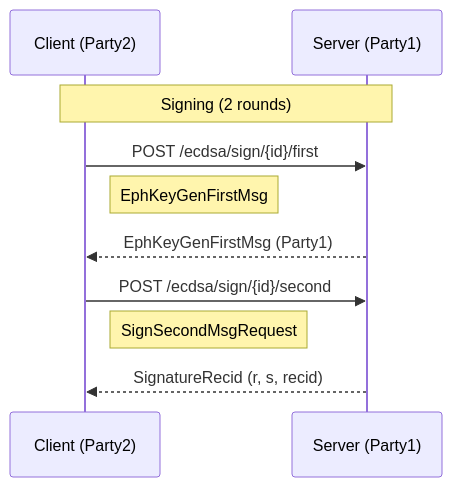
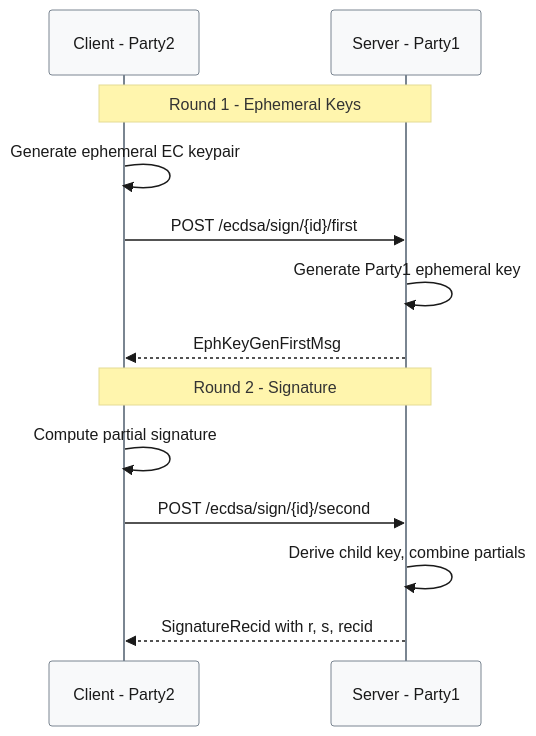
The diagram in wiki/Components/ECDSA_Sign.md (ljg-cqu/ZenGo-X-gotham-city), drawn with Mermaid before and after one commit. The commit also changed other lines of this file and 41 other files, not shown here.

````diff
--- a/wiki/Components/ECDSA_Sign.md
+++ b/wiki/Components/ECDSA_Sign.md
@@ -19,13 +13,18 @@
 ```mermaid
+%%{init: {"theme": "base", "themeVariables": {"primaryColor": "#f8f9fa", "primaryTextColor": "#1a1a1a", "primaryBorderColor": "#7a8591", "lineColor": "#8897a8", "secondaryColor": "#eff6fb", "tertiaryColor": "#f3f5f7"}}}%%
 sequenceDiagram
-    participant C as Client (Party2)
-    participant S as Server (Party1)
+    participant C as Client - Party2
+    participant S as Server - Party1
     
-    Note over C,S: Signing (2 rounds)
+    Note over C,S: Round 1 - Ephemeral Keys
+    C->>C: Generate ephemeral EC keypair
     C->>S: POST /ecdsa/sign/{id}/first
-    Note right of C: EphKeyGenFirstMsg
-    S-->>C: EphKeyGenFirstMsg (Party1)
+    S->>S: Generate Party1 ephemeral key
+    S-->>C: EphKeyGenFirstMsg
+    
+    Note over C,S: Round 2 - Signature
+    C->>C: Compute partial signature
     C->>S: POST /ecdsa/sign/{id}/second
-    Note right of C: SignSecondMsgRequest
-    S-->>C: SignatureRecid (r, s, recid)
+    S->>S: Derive child key, combine partials
+    S-->>C: SignatureRecid with r, s, recid
 ```
````
